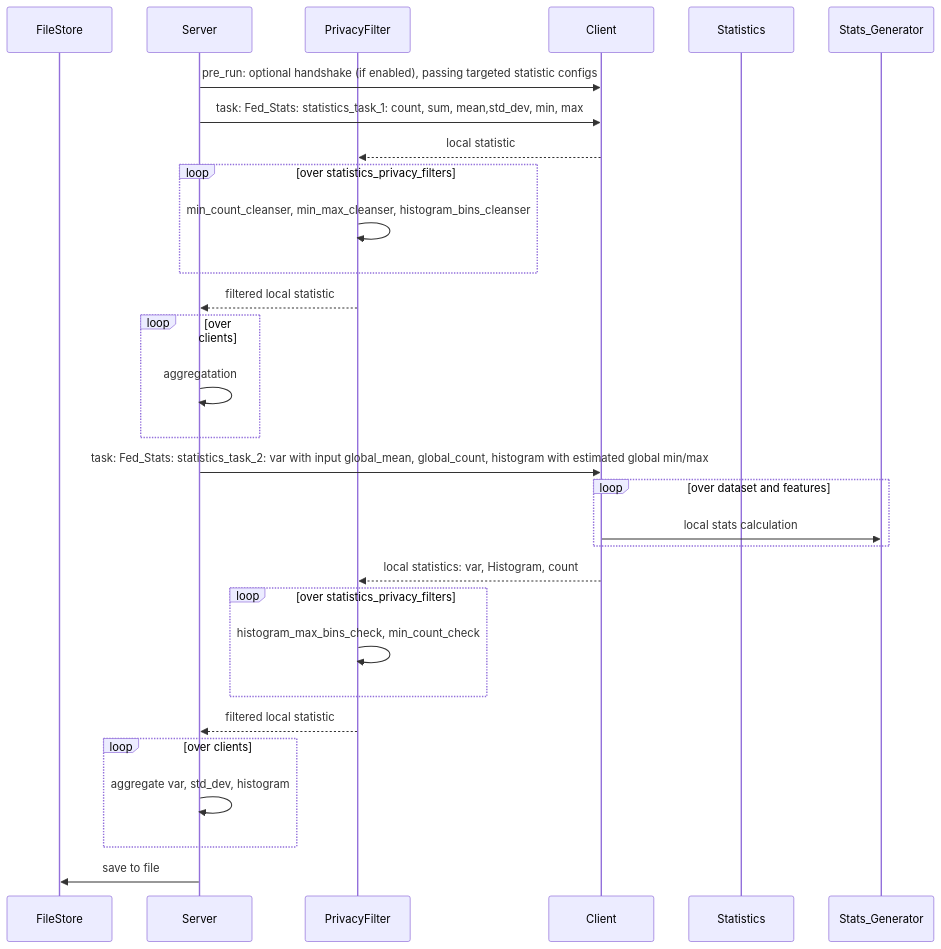
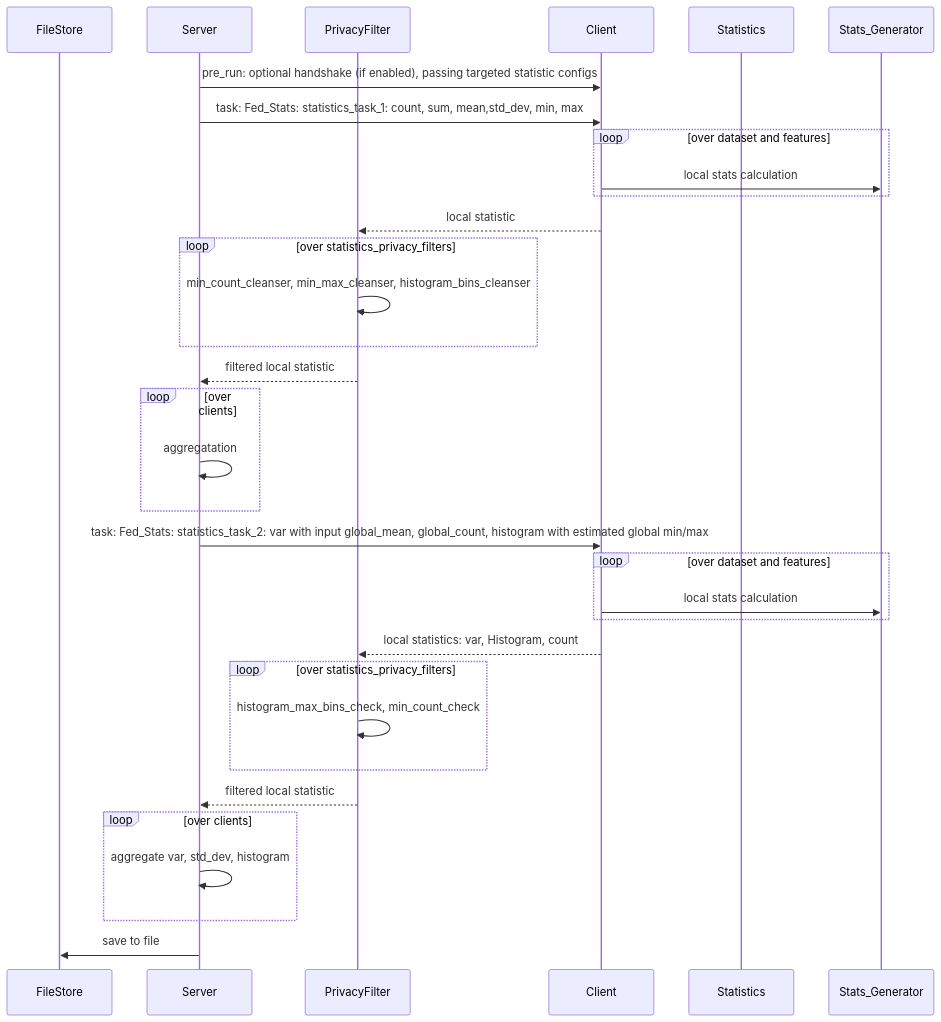
Before and after one commit to NVIDIA/NVFlare: the diagram in examples/federated_statistics/README.md, drawn with Mermaid.

Commit message:
add missing step in sequence diagram

````diff
--- a/examples/federated_statistics/README.md
+++ b/examples/federated_statistics/README.md
@@ -28,32 +28,35 @@
 ```mermaid
  
 sequenceDiagram
     participant FileStore
     participant Server
     participant PrivacyFilter
     participant Client
     participant Statistics
     Server->>Client: pre_run: optional handshake (if enabled), passing targeted statistic configs
     Server->>Client: task: Fed_Stats: statistics_task_1: count, sum, mean,std_dev, min, max 
+    loop over dataset and features
+       Client->>Stats_Generator: local stats calculation
+    end
     Client-->>PrivacyFilter: local statistic
      loop over statistics_privacy_filters
         PrivacyFilter->>PrivacyFilter: min_count_cleanser, min_max_cleanser, histogram_bins_cleanser
     end
     PrivacyFilter-->>Server: filtered local statistic
     loop over clients
         Server->>Server: aggregatation
     end
     Server->>Client:  task: Fed_Stats: statistics_task_2: var with input global_mean, global_count, histogram with estimated global min/max
     loop over dataset and features
        Client->>Stats_Generator: local stats calculation
     end
     Client-->>PrivacyFilter: local statistics: var, Histogram, count
     loop over statistics_privacy_filters
         PrivacyFilter->>PrivacyFilter: histogram_max_bins_check, min_count_check
     end
     PrivacyFilter-->>Server: filtered local statistic    
     loop over clients
         Server->>Server: aggregate var, std_dev, histogram
     end
     Server->>FileStore: save to file
 ```
````
